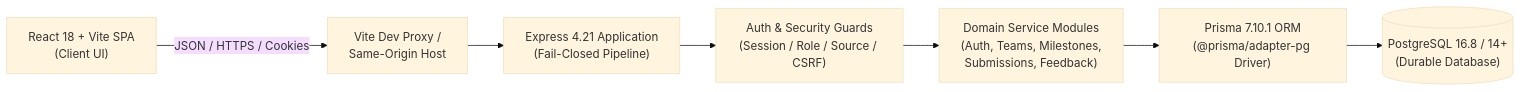
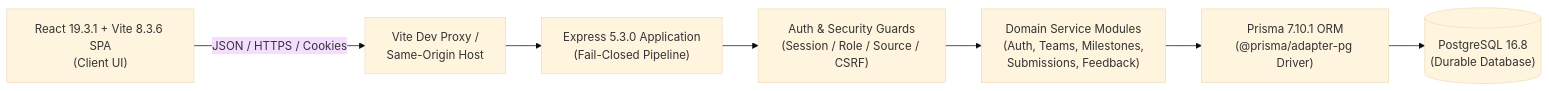
The first of 2 diagrams in deliverable _file/submit/d1_owner_b/C_SYSTEM_SDS.md (zerotwobook/fastTrack), drawn with Mermaid (base theme) before and after one commit. The commit also changed other lines of this file and 6 other files, not shown here.

````diff
--- a/deliverable _file/submit/d1_owner_b/C_SYSTEM_SDS.md
+++ b/deliverable _file/submit/d1_owner_b/C_SYSTEM_SDS.md
@@ -14,17 +15,17 @@
 ```mermaid
 flowchart LR
-    Client["React 18 + Vite SPA<br/>(Client UI)"]
+    Client["React 19.3.1 + Vite 8.3.6 SPA<br/>(Client UI)"]
     Proxy["Vite Dev Proxy /<br/>Same-Origin Host"]
-    API["Express 4.21 Application<br/>(Fail-Closed Pipeline)"]
+    API["Express 5.3.0 Application<br/>(Fail-Closed Pipeline)"]
     Security["Auth & Security Guards<br/>(Session / Role / Source / CSRF)"]
     Modules["Domain Service Modules<br/>(Auth, Teams, Milestones,<br/>Submissions, Feedback)"]
     ORM["Prisma 7.10.1 ORM<br/>(@prisma/adapter-pg Driver)"]
-    DB[("PostgreSQL 16.8 / 14+<br/>(Durable Database)")]
+    DB[("PostgreSQL 16.8<br/>(Durable Database)")]
 
     Client -->|JSON / HTTPS / Cookies| Proxy
     Proxy --> API
     API --> Security
     Security --> Modules
     Modules --> ORM
     ORM --> DB
 ```
````
